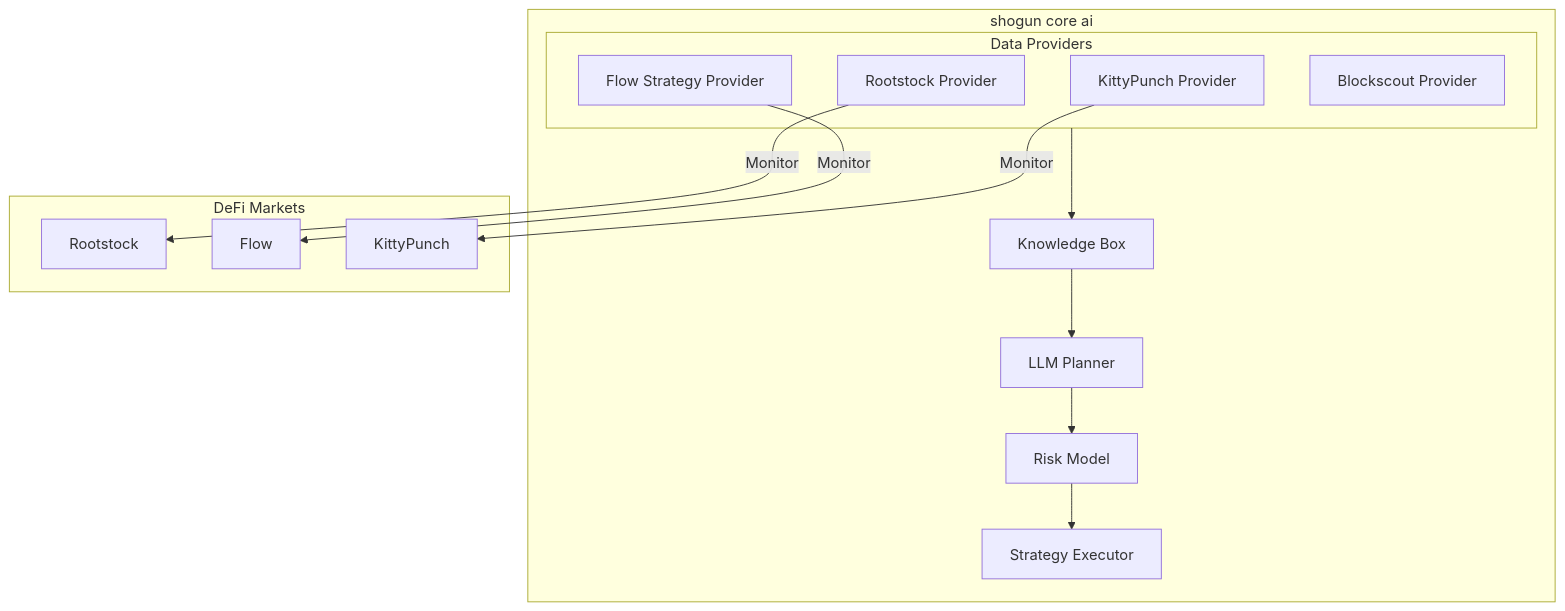
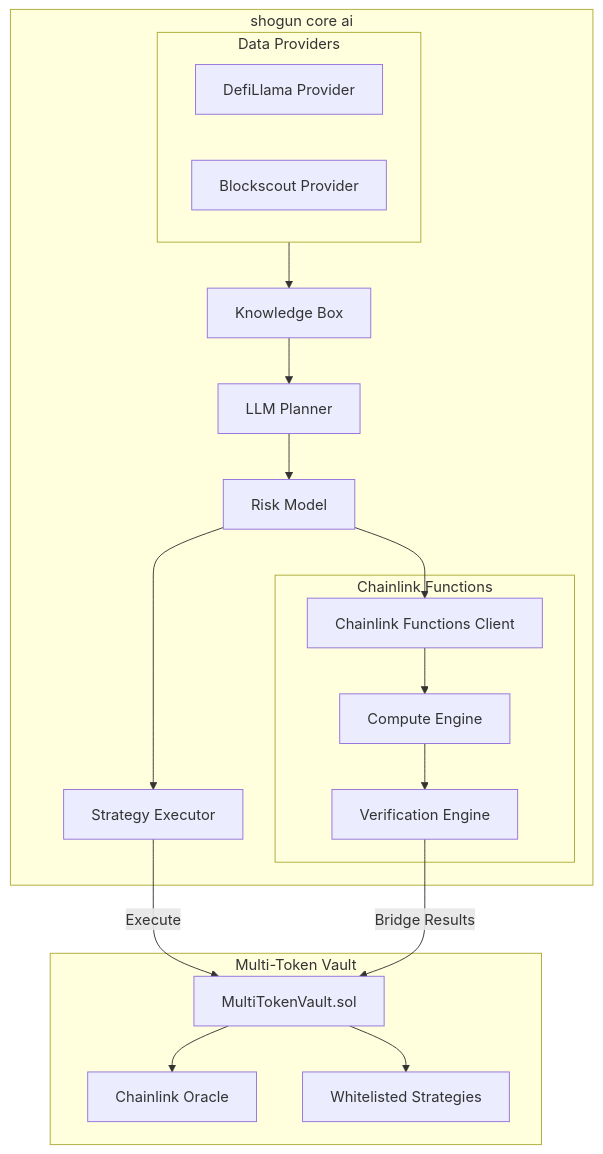
Before and after one commit to shogunprotocol/shogun-ai-core: the diagram in README.md, drawn with Mermaid. The commit also changed other lines of this file and 21 other files, not shown here.

````diff
--- a/README.md
+++ b/README.md
@@ -7,27 +7,40 @@
 ```mermaid
 graph TB
     subgraph ShogunCoreAI["shogun core ai"]
         LLM[LLM Planner]
         Risk[Risk Model]
         KB[Knowledge Box]
         Exec[Strategy Executor]
         
         subgraph Providers["Data Providers"]
-            RS[Rootstock Provider]
-            FS[Flow Strategy Provider]
-            KP[KittyPunch Provider]
+            DL[DefiLlama Provider]
             BS[Blockscout Provider]
+        end
+        
+        subgraph ChainlinkFunctions["Chainlink Functions"]
+            CF[Chainlink Functions Client]
+            CE[Compute Engine]
+            VE[Verification Engine]
         end
         
         LLM --> Risk
         Risk --> Exec
         KB --> LLM
         Providers --> KB
+        Risk --> CF
+        CF --> CE
+        CE --> VE
     end
     
-    subgraph Markets["DeFi Markets"]
-        RS --> |Monitor| Rootstock
-        FS --> |Monitor| Flow
-        KP --> |Monitor| KittyPunch
+    subgraph Vault["Multi-Token Vault"]
+        MTV[MultiTokenVault.sol]
+        ORACLE[Chainlink Oracle]
+        STRATEGIES[Whitelisted Strategies]
+        
+        MTV --> ORACLE
+        MTV --> STRATEGIES
     end
+    
+    Exec --> |Execute| MTV
+    VE --> |Bridge Results| MTV
 ```
````
